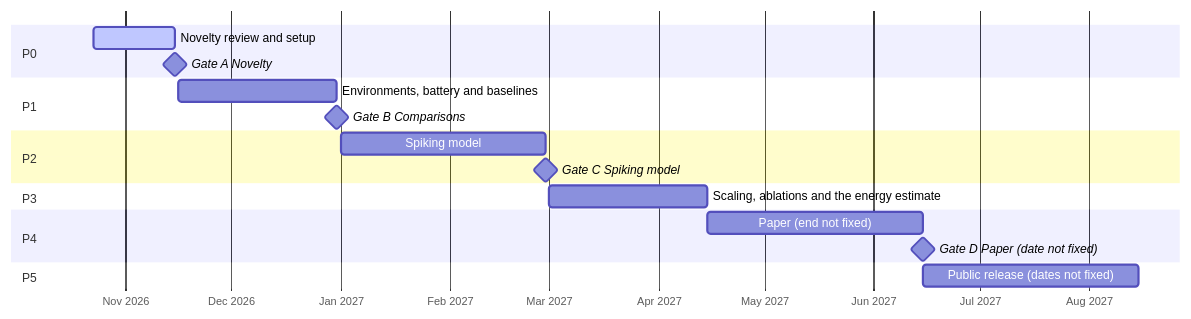
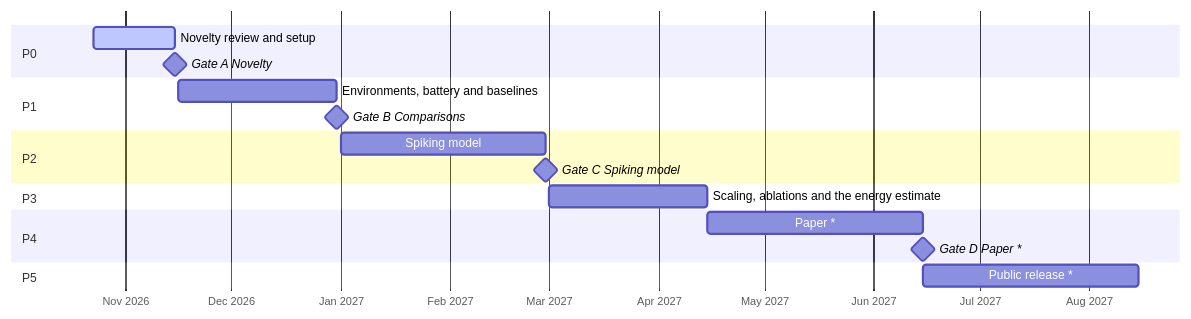
The second of 3 diagrams in README.md (cagancaliskan/psyche), drawn with Mermaid before and after one commit. The commit also changed other lines of this file and 10 other files, not shown here.

Commit message:
docs: diagrams keep words whole on GitHub; the roadmap chart marks undated items with an asterisk

````diff
--- a/README.md
+++ b/README.md
@@ -106,21 +106,21 @@
 ```mermaid
 gantt
     dateFormat YYYY-MM-DD
     axisFormat %b %Y
     section #80;0
     #78;ovelty review and setup :active, ph0, 2026-10-23, 2026-11-15
     #71;ate A Novelty :milestone, gt0, 2026-11-15, 0d
     section #80;1
     #69;nvironments, battery and baselines :ph1, 2026-11-16, 2026-12-31
     #71;ate B Comparisons :milestone, gt1, 2026-12-31, 0d
     section #80;2
     #83;piking model :ph2, 2027-01-01, 2027-02-28
     #71;ate C Spiking model :milestone, gt2, 2027-02-28, 0d
     section #80;3
     #83;caling, ablations and the energy estimate :ph3, 2027-03-01, 2027-04-15
     section #80;4
-    #80;aper (end not fixed) :ph4, 2027-04-15, 2027-06-15
-    #71;ate D Paper (date not fixed) :milestone, gt3, 2027-06-15, 0d
+    #80;aper * :ph4, 2027-04-15, 2027-06-15
+    #71;ate D Paper * :milestone, gt3, 2027-06-15, 0d
     section #80;5
-    #80;ublic release (dates not fixed) :ph5, 2027-06-15, 2027-08-15
+    #80;ublic release * :ph5, 2027-06-15, 2027-08-15
 ```
````
